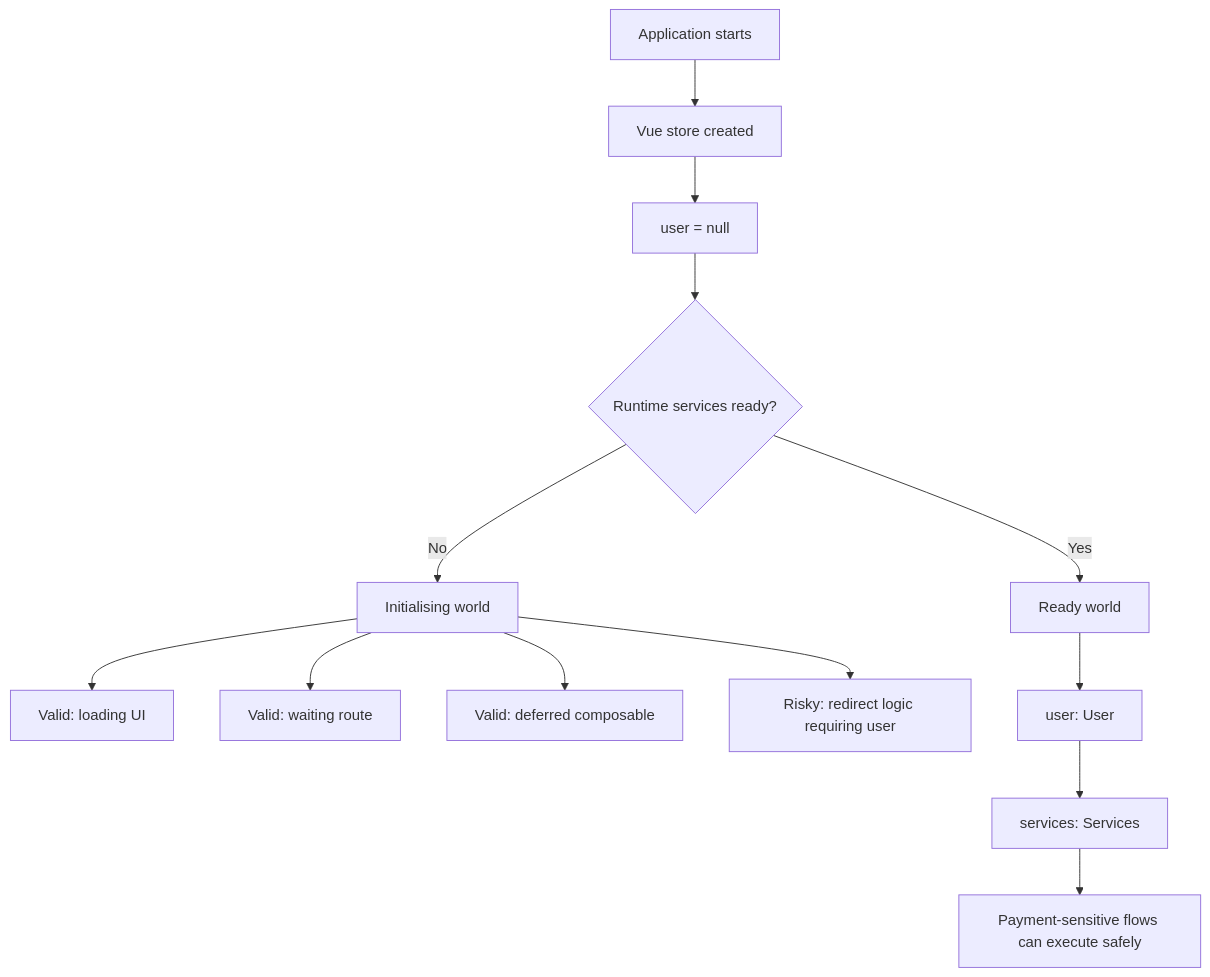
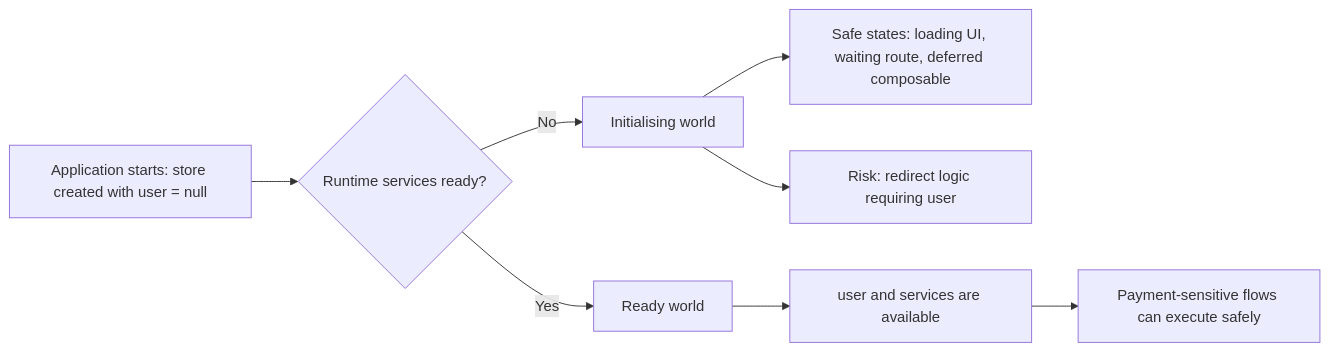
The diagram in content/posts/the-initialisation-trap-in-typescript.md (EduardoAC/eduardo-cv-frontend-web), drawn with Mermaid before and after one commit. The commit also changed 4 other files, not shown here.

Commit message:
Polish mermaid styles

````diff
--- a/content/posts/the-initialisation-trap-in-typescript.md
+++ b/content/posts/the-initialisation-trap-in-typescript.md
@@ -78,17 +78,13 @@
 ```mermaid
-flowchart TD
-  A[Application starts] --> B[Vue store created]
-  B --> C[user = null]
-  C --> D{Runtime services ready?}
+flowchart LR
+  A["Application starts: store created with user = null"]
+  A --> B{Runtime services ready?}
 
-  D -- No --> E[Initialising world]
-  E --> F[Valid: loading UI]
-  E --> G[Valid: waiting route]
-  E --> H[Valid: deferred composable]
-  E --> I[Risky: redirect logic requiring user]
+  B -- No --> C[Initialising world]
+  C --> D["Safe states: loading UI, waiting route, deferred composable"]
+  C --> E["Risk: redirect logic requiring user"]
 
-  D -- Yes --> J[Ready world]
-  J --> K[user: User]
-  K --> L[services: Services]
-  L --> M[Payment-sensitive flows can execute safely]
+  B -- Yes --> F[Ready world]
+  F --> G["user and services are available"]
+  G --> H["Payment-sensitive flows can execute safely"]
 ```
````
